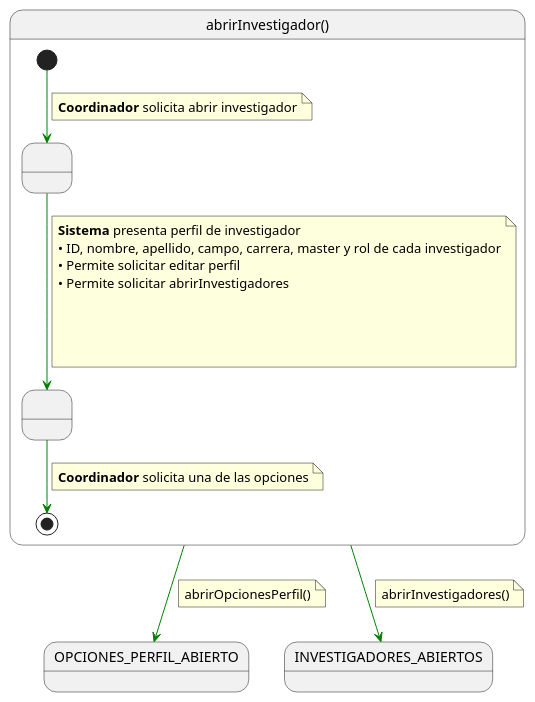
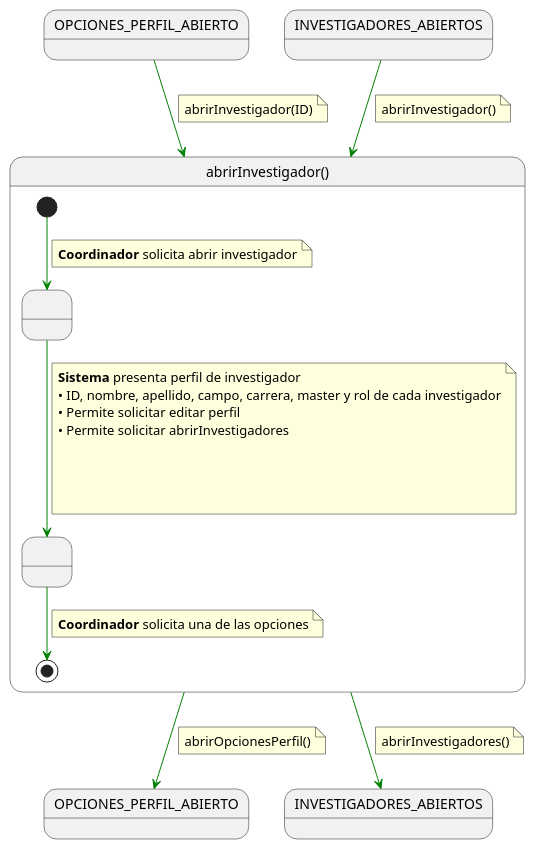
The diagram in documentación/CasosDeUso/Detalle/Coordinador/03-gestion-investigadores/abrirInvestigador.puml (31Diego/25-26-IdSw1-SdR), drawn with PlantUML before and after one commit. The commit also changed 20 other files, not shown here.

```diff
--- a/documentación/CasosDeUso/Detalle/Coordinador/03-gestion-investigadores/abrirInvestigador.puml
+++ b/documentación/CasosDeUso/Detalle/Coordinador/03-gestion-investigadores/abrirInvestigador.puml
@@ -1,44 +1,57 @@
 @startuml abrirInvestigador
 
 skinparam linetype polyline
+
+state in1 as "OPCIONES_PERFIL_ABIERTO"
+in1 -[#green]-> abrirInvestigador
+note on link
+abrirInvestigador(ID)
+end note
+
+state in2 as "INVESTIGADORES_ABIERTOS"
+in2 -[#green]-> abrirInvestigador
+note on link
+abrirInvestigador()
+end note
+
 
 state abrirInvestigador as "abrirInvestigador()" {
 
     state " " as MostrandoLista
     state " " as FiltrandoLista
 
     [*] -[#green]-> MostrandoLista 
     note on link
     <b>Coordinador</b> solicita abrir investigador
     end note    
     
     MostrandoLista -[#green]-> FiltrandoLista
     note on link
     <b>Sistema</b> presenta perfil de investigador
     • ID, nombre, apellido, campo, carrera, master y rol de cada investigador
     • Permite solicitar editar perfil
     • Permite solicitar abrirInvestigadores
 
   
     
 
     end note
     FiltrandoLista -[#green]-> [*]
     note on link
     <b>Coordinador</b> solicita una de las opciones
     end note
 }
 
 abrirInvestigador -[#green]-> OPCIONES_PERFIL_ABIERTO
 note on link
 abrirOpcionesPerfil()
 end note
 
 abrirInvestigador -[#green]-> INVESTIGADORES_ABIERTOS
 note on link
 abrirInvestigadores()
 end note
 
 
 
 @enduml
```
